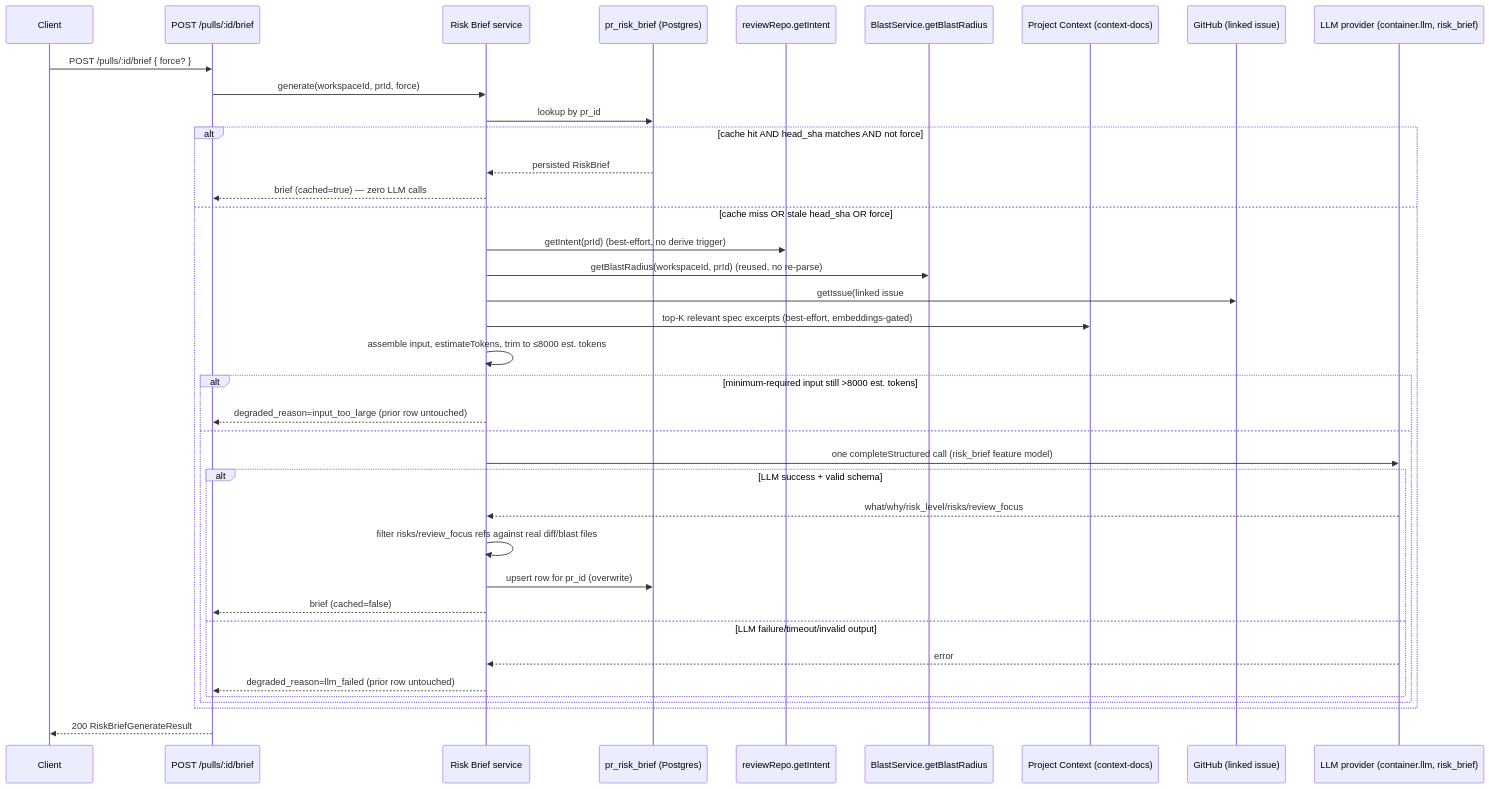
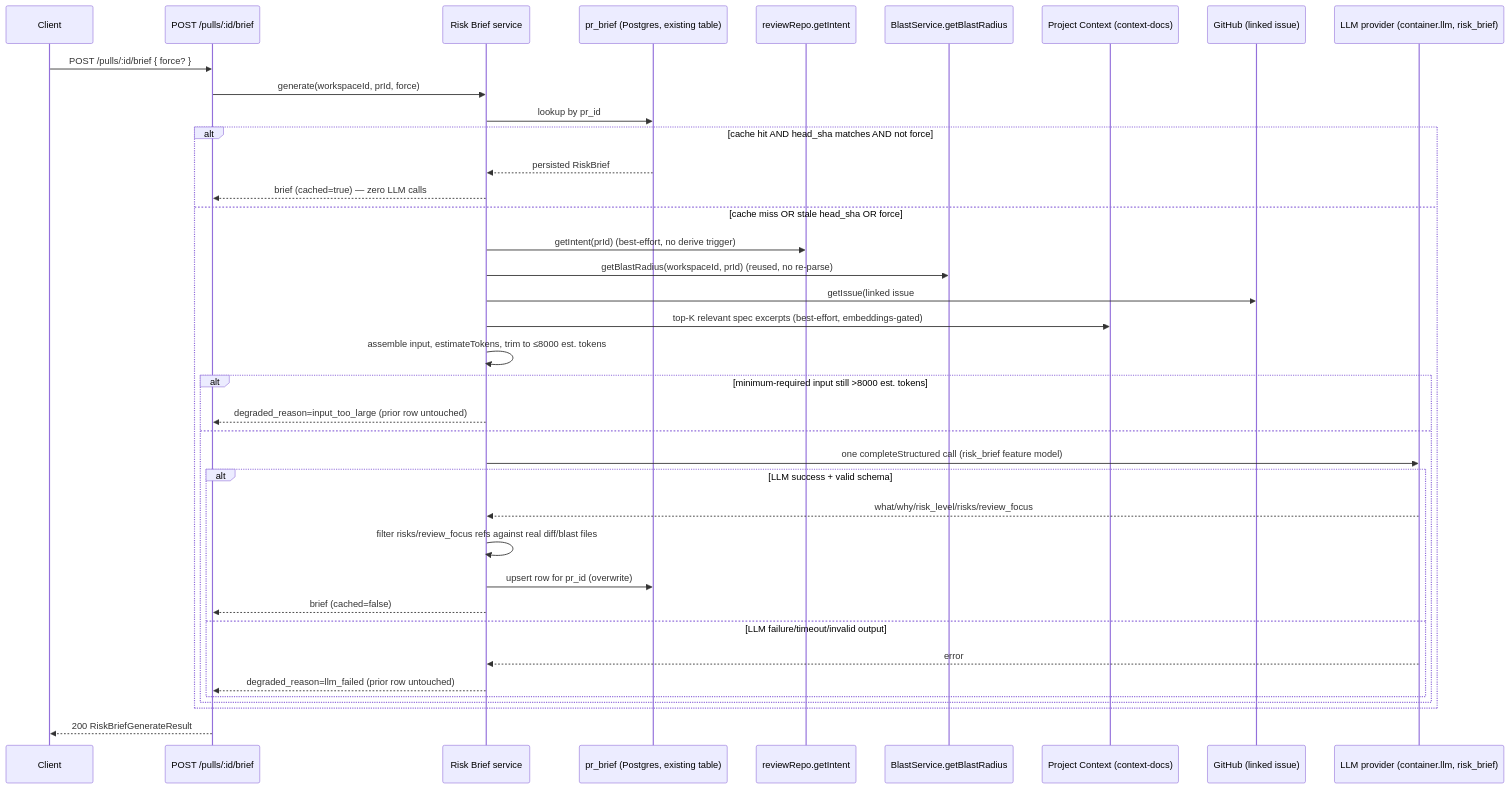
Before and after one commit to redfoxius/dev-digest: the diagram in specs/cross-cutting/pr-why-risk-brief/spec.md, drawn with Mermaid. The commit also changed other lines of this file and 1 other file, not shown here.

First line of the commit message:
fix(specs): apply cross-model review findings to PR Why + Risk Brief

````diff
--- a/specs/cross-cutting/pr-why-risk-brief/spec.md
+++ b/specs/cross-cutting/pr-why-risk-brief/spec.md
@@ -174,41 +178,41 @@
 ```mermaid
 sequenceDiagram
     participant Client
     participant Route as POST /pulls/:id/brief
     participant Svc as Risk Brief service
-    participant Cache as pr_risk_brief (Postgres)
+    participant Cache as pr_brief (Postgres, existing table)
     participant Intent as reviewRepo.getIntent
     participant Blast as BlastService.getBlastRadius
     participant Ctx as Project Context (context-docs)
     participant GH as GitHub (linked issue)
     participant LLM as LLM provider (container.llm, risk_brief)
 
     Client->>Route: POST /pulls/:id/brief { force? }
     Route->>Svc: generate(workspaceId, prId, force)
     Svc->>Cache: lookup by pr_id
     alt cache hit AND head_sha matches AND not force
         Cache-->>Svc: persisted RiskBrief
         Svc-->>Route: brief (cached=true) — zero LLM calls
     else cache miss OR stale head_sha OR force
         Svc->>Intent: getIntent(prId) (best-effort, no derive trigger)
         Svc->>Blast: getBlastRadius(workspaceId, prId) (reused, no re-parse)
         Svc->>GH: getIssue(linked issue #, if any) (best-effort, same extractLinkedIssueNumber resolution as intent/service.ts)
         Svc->>Ctx: top-K relevant spec excerpts (best-effort, embeddings-gated)
         Svc->>Svc: assemble input, estimateTokens, trim to ≤8000 est. tokens
         alt minimum-required input still >8000 est. tokens
             Svc-->>Route: degraded_reason=input_too_large (prior row untouched)
         else
             Svc->>LLM: one completeStructured call (risk_brief feature model)
             alt LLM success + valid schema
                 LLM-->>Svc: what/why/risk_level/risks/review_focus
                 Svc->>Svc: filter risks/review_focus refs against real diff/blast files
                 Svc->>Cache: upsert row for pr_id (overwrite)
                 Svc-->>Route: brief (cached=false)
             else LLM failure/timeout/invalid output
                 LLM-->>Svc: error
                 Svc-->>Route: degraded_reason=llm_failed (prior row untouched)
             end
         end
     end
     Route-->>Client: 200 RiskBriefGenerateResult
 ```
````
